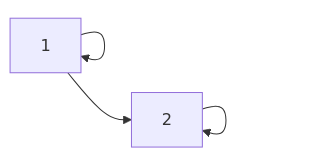
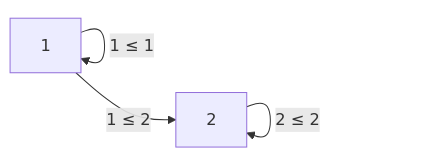
One commit to yo-goto/zenn-public-repo changed the second of 16 diagrams in books/ast/5-ast-order-theoretic-model.md. Above: the diagram before and after it, drawn with Mermaid. The commit also changed other lines of this file, not shown here.

Commit message:
🐛 fix(chapter): 順序理論の章で、ハッセ図にまつわる説明を正確に修正

````diff
--- a/books/ast/5-ast-order-theoretic-model.md
+++ b/books/ast/5-ast-order-theoretic-model.md
@@ -55,6 +55,6 @@
 ```mermaid
 graph LR
-1 --> 2
-1 --> 1
-2 --> 2
+1 -->|1 ≤ 2| 2
+1 -->|1 ≤ 1| 1
+2 -->|2 ≤ 2| 2
 ```
````
